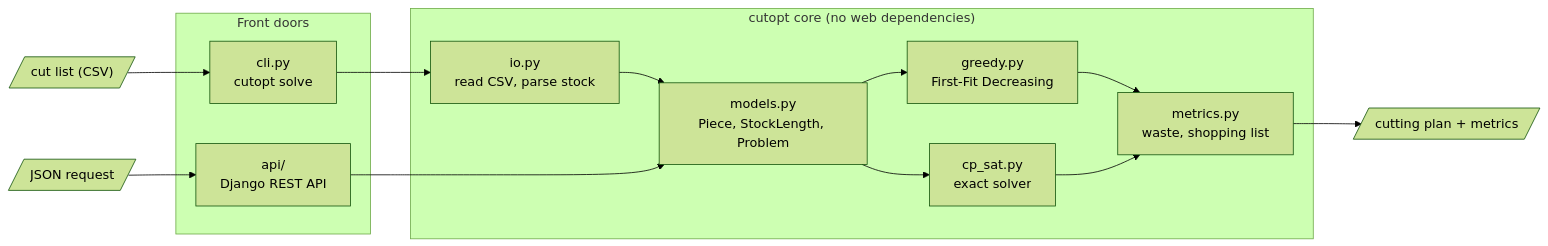
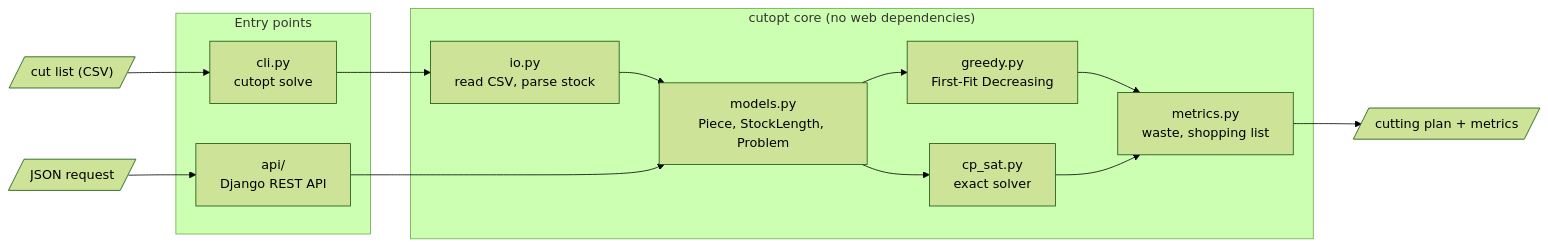
One commit to DRencsok/TimberCutOpt changed the diagram in README.md. Above: the diagram before and after it, drawn with Mermaid (forest theme). The commit also changed other lines of this file, not shown here.

````diff
--- a/README.md
+++ b/README.md
@@ -248,26 +203,26 @@
 ```mermaid
 flowchart LR
     CSV[/"cut list (CSV)"/] --> CLI
     JSON[/"JSON request"/] --> API
 
-    subgraph Front doors
+    subgraph Entry points
         CLI["cli.py<br/>cutopt solve"]
         API["api/<br/>Django REST API"]
     end
 
     subgraph Core["cutopt core (no web dependencies)"]
         IO["io.py<br/>read CSV, parse stock"]
         MODELS["models.py<br/>Piece, StockLength, Problem"]
         GREEDY["greedy.py<br/>First-Fit Decreasing"]
         CPSAT["cp_sat.py<br/>exact solver"]
         METRICS["metrics.py<br/>waste, shopping list"]
     end
 
     CLI --> IO --> MODELS
     API --> MODELS
     MODELS --> GREEDY
     MODELS --> CPSAT
     GREEDY --> METRICS
     CPSAT --> METRICS
     METRICS --> OUT[/"cutting plan + metrics"/]
 ```
````
